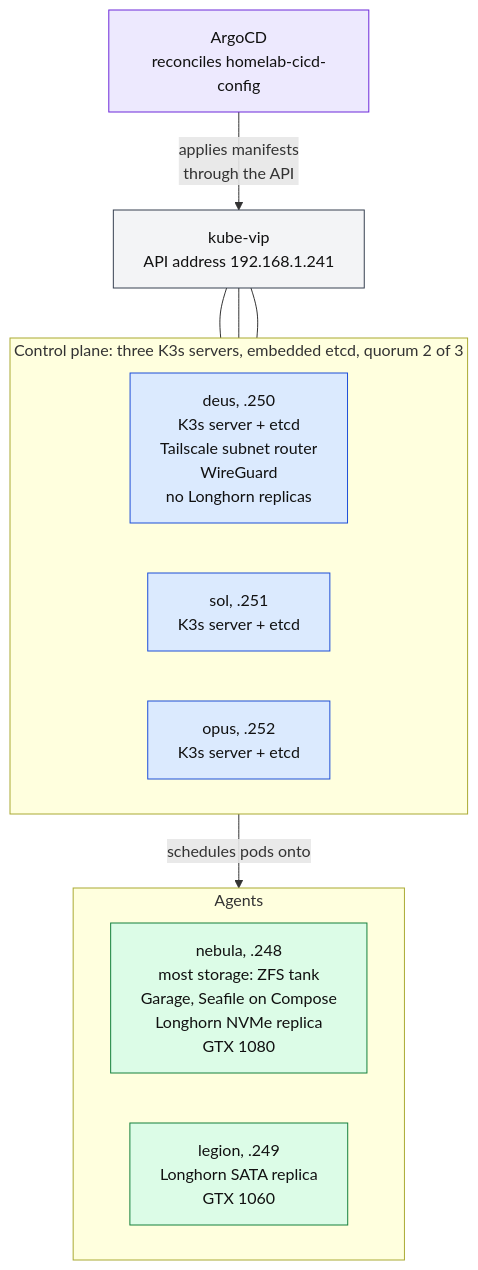
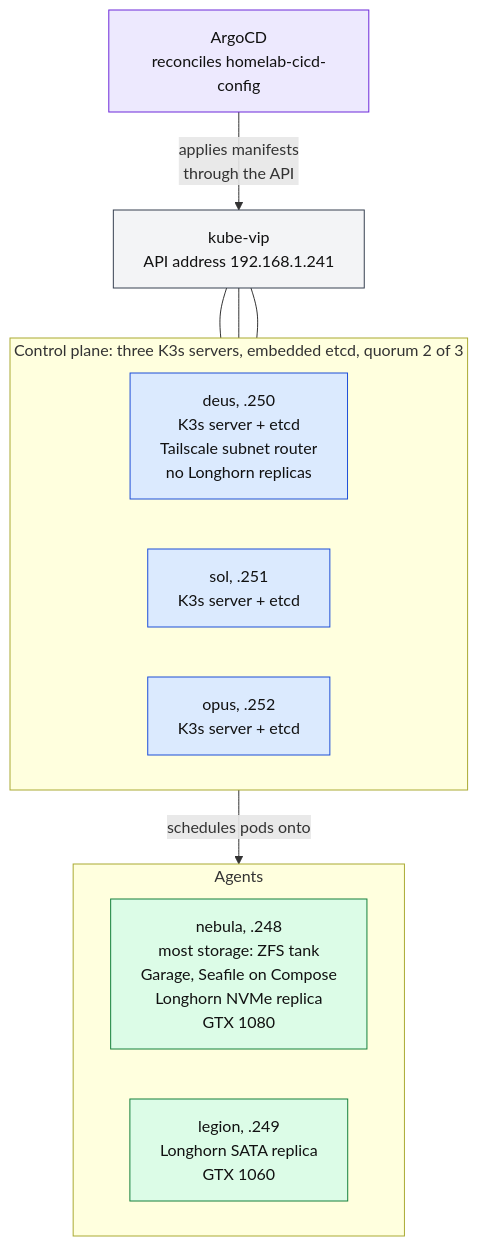
Before and after one commit to home-compute-cluster/docs: the second of 5 diagrams in docs/system-architecture/home-cluster.md, drawn with Mermaid. The commit also changed other lines of this file and 5 other files, not shown here.

````diff
--- a/docs/system-architecture/home-cluster.md
+++ b/docs/system-architecture/home-cluster.md
@@ -147,35 +157,35 @@
 ```mermaid
 flowchart TB
     subgraph cp["Control plane: three K3s servers, embedded etcd, quorum 2 of 3"]
         direction LR
-        deus["deus, .250<br/>K3s server + etcd<br/>Tailscale subnet router<br/>WireGuard<br/>no Longhorn replicas"]
+        deus["deus, .250<br/>K3s server + etcd<br/>Tailscale subnet router<br/>no Longhorn replicas"]
         sol["sol, .251<br/>K3s server + etcd"]
         opus["opus, .252<br/>K3s server + etcd"]
     end
 
     vip["kube-vip<br/>API address 192.168.1.241"]
 
     subgraph agents["Agents"]
         direction LR
         nebula["nebula, .248<br/>most storage: ZFS tank<br/>Garage, Seafile on Compose<br/>Longhorn NVMe replica<br/>GTX 1080"]
         legion["legion, .249<br/>Longhorn SATA replica<br/>GTX 1060"]
     end
 
     argo["ArgoCD<br/>reconciles homelab-cicd-config"]
 
     vip --- deus
     vip --- sol
     vip --- opus
     argo -->|"applies manifests<br/>through the API"| vip
     cp -->|"schedules pods onto"| agents
 
     classDef control fill:#dbeafe,stroke:#1d4ed8,color:#111
     classDef worker fill:#dcfce7,stroke:#15803d,color:#111
     classDef git fill:#ede9fe,stroke:#6d28d9,color:#111
     classDef vipc fill:#f3f4f6,stroke:#374151,color:#111
 
     class deus,sol,opus control
     class nebula,legion worker
     class argo git
     class vip vipc
 ```
````
